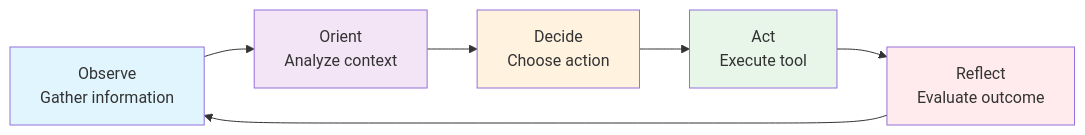
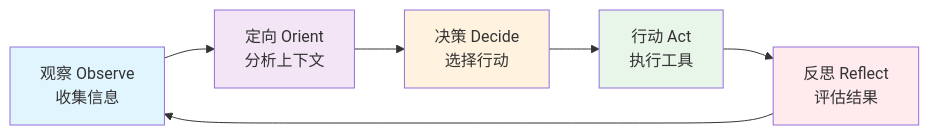
The first of 3 diagrams in i18n/zh-Hans/docusaurus-plugin-content-docs/current/ai/harness-engineering/core-concepts.mdx (YiWang24/AiDIY), drawn with Mermaid before and after one commit. The commit also changed other lines of this file and 59 other files, not shown here.

````diff
--- a/i18n/zh-Hans/docusaurus-plugin-content-docs/current/ai/harness-engineering/core-concepts.mdx
+++ b/i18n/zh-Hans/docusaurus-plugin-content-docs/current/ai/harness-engineering/core-concepts.mdx
@@ -22,16 +22,16 @@
 ```mermaid
 flowchart LR
-    O[Observe<br/>Gather information]
-    D[Orient<br/>Analyze context]
-    Decide[Decide<br/>Choose action]
-    A[Act<br/>Execute tool]
-    R[Reflect<br/>Evaluate outcome]
+    O[观察 Observe<br/>收集信息]
+    D[定向 Orient<br/>分析上下文]
+    Decide[决策 Decide<br/>选择行动]
+    A[行动 Act<br/>执行工具]
+    R[反思 Reflect<br/>评估结果]
 
     O --> D --> Decide --> A --> R --> O
 
     style O fill:#e1f5fe
     style D fill:#f3e5f5
     style Decide fill:#fff3e0
     style A fill:#e8f5e9
     style R fill:#ffebee
 ```
````
